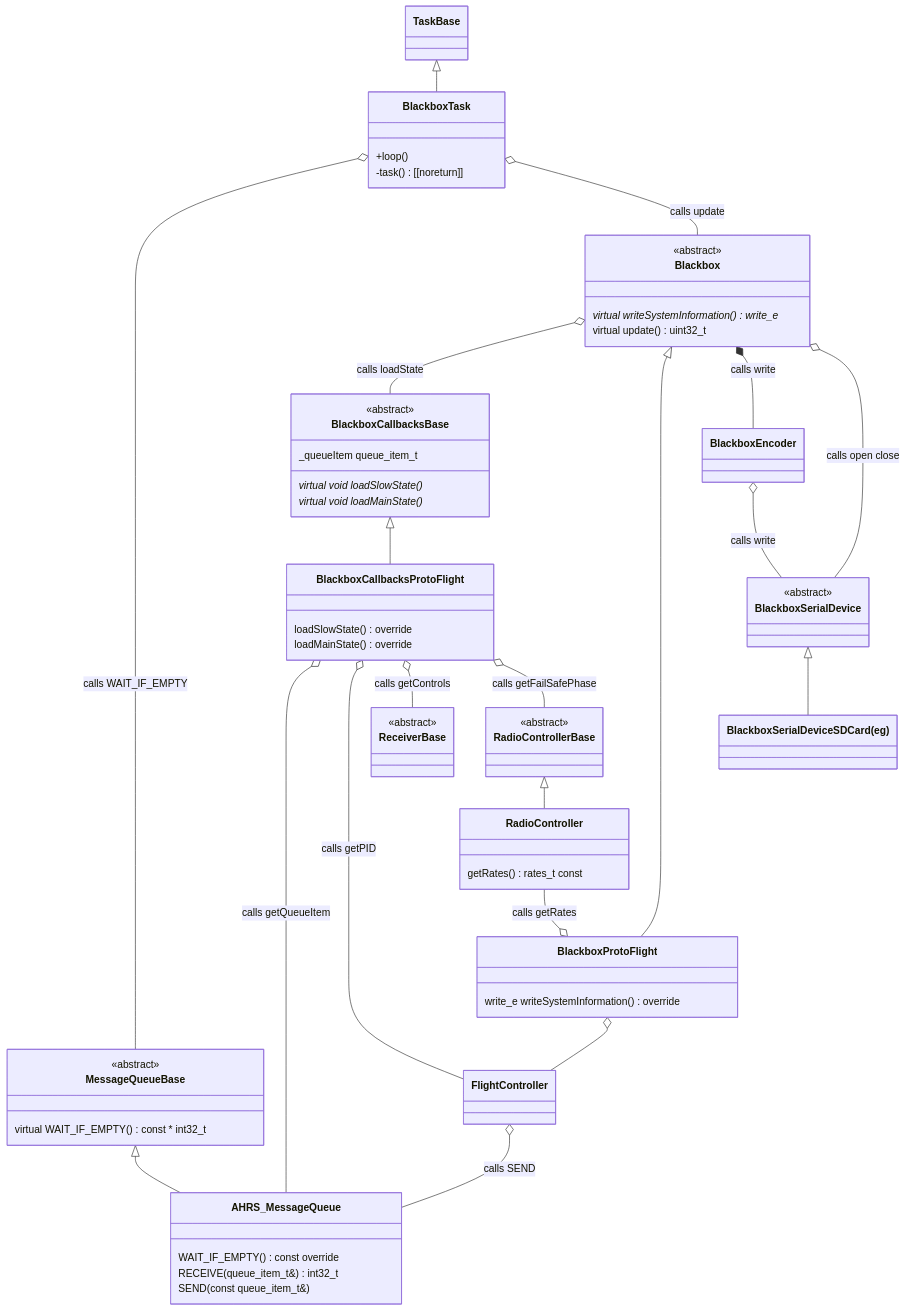
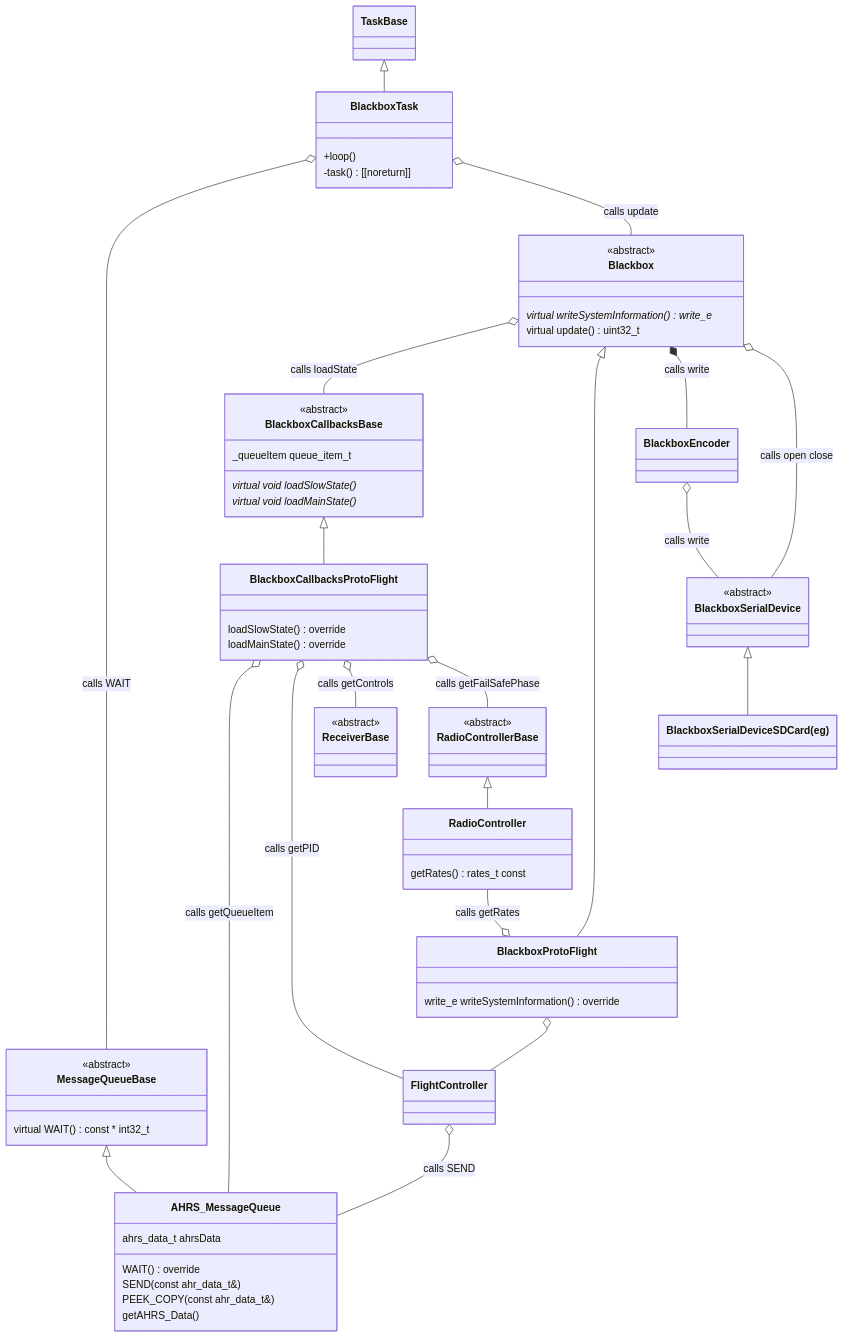
Before and after one commit to martinbudden/Protoflight: the diagram in Blackbox.md, drawn with Mermaid. The commit also changed 20 other files, not shown here.

Commit message:
AHRS_MessageQueue and Blackbox improvements.

```diff
--- a/Blackbox.md
+++ b/Blackbox.md
@@ -13,7 +13,7 @@
         +loop()
         -task() [[noreturn]]
     }
-    BlackboxTask o-- MessageQueueBase : calls WAIT_IF_EMPTY
+    BlackboxTask o-- MessageQueueBase : calls WAIT
     BlackboxTask o-- Blackbox : calls update
     class Blackbox {
         <<abstract>>
@@ -23,12 +23,14 @@
 
     class MessageQueueBase {
         <<abstract>>
-        virtual WAIT_IF_EMPTY() const * int32_t
+        virtual WAIT() const * int32_t
     }
     class AHRS_MessageQueue {
-        WAIT_IF_EMPTY() const override
-        RECEIVE(queue_item_t&) int32_t
-        SEND(const queue_item_t&)
+        ahrs_data_t ahrsData
+        WAIT() override
+        SEND(const ahr_data_t&)
+        PEEK_COPY(const ahr_data_t&)
+        getAHRS_Data()
     }
     class RadioControllerBase {
         <<abstract>>
```
